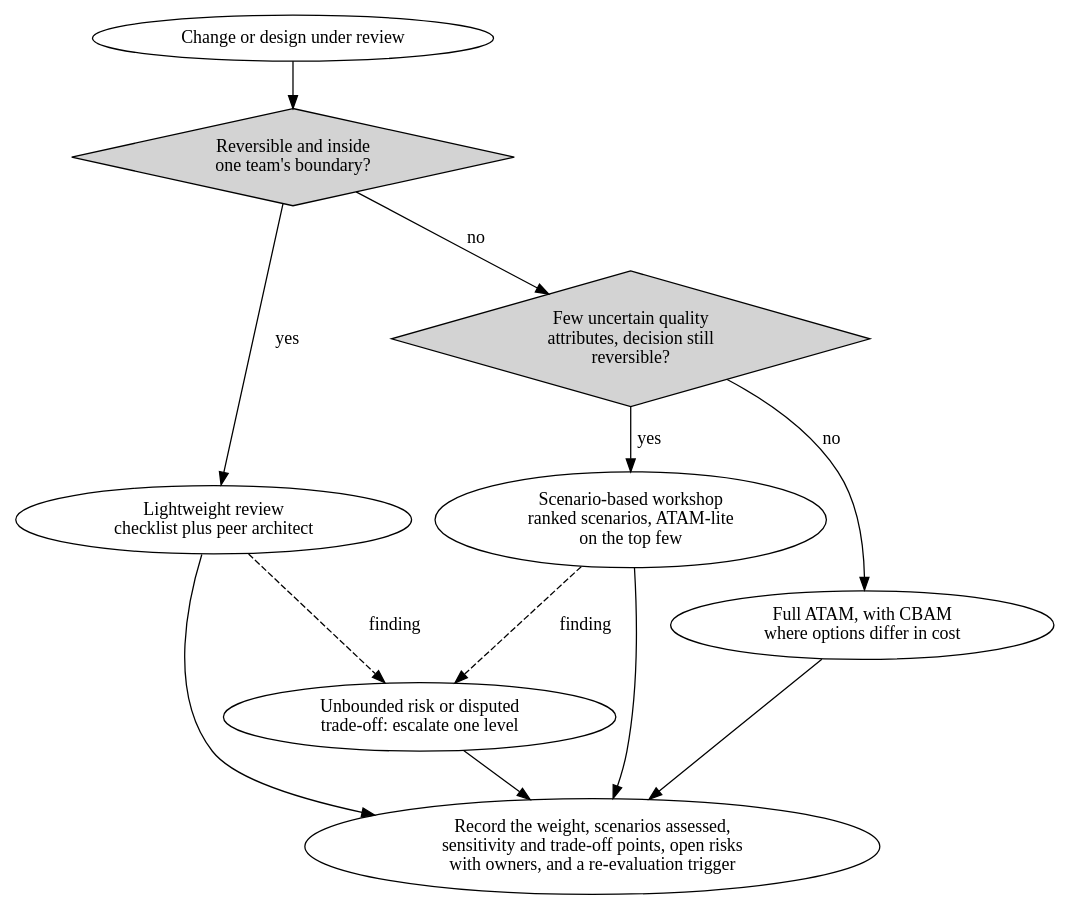
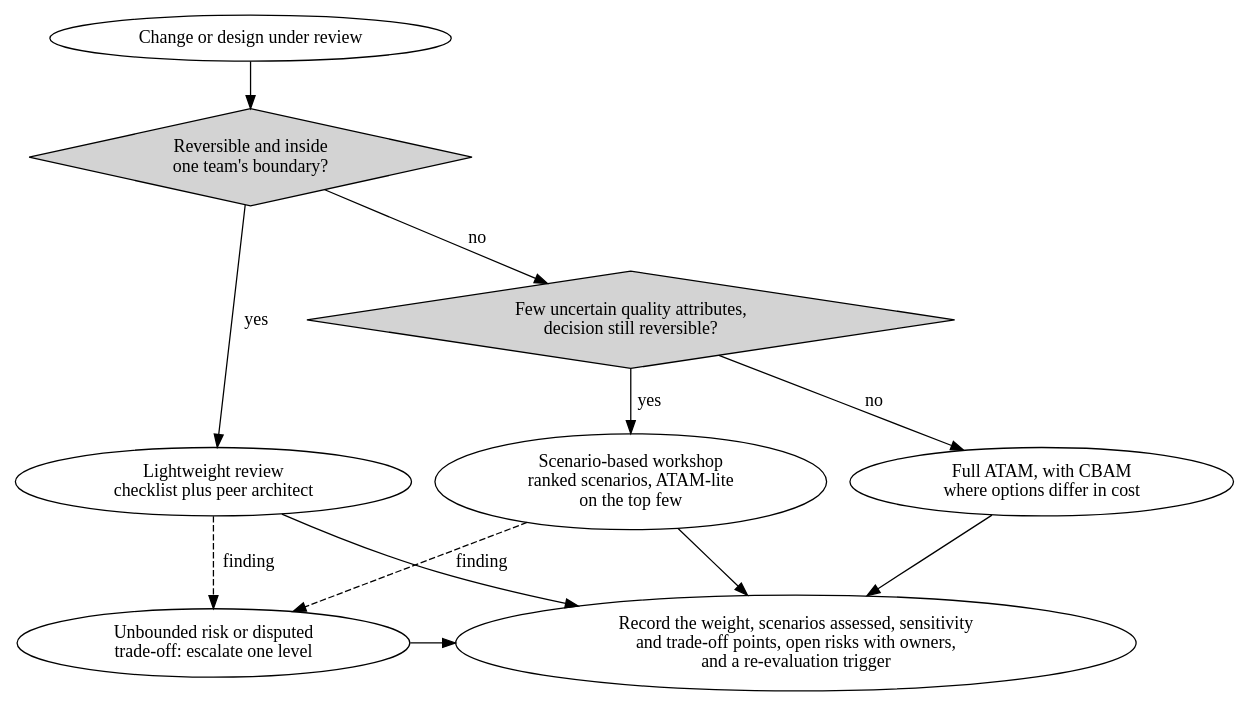
Before and after one commit to cesarcastrocuba/handbook-solutions-architecture: the diagram in assets/diagrams/src/ch12-evaluation-method-selection.dot, drawn with Graphviz. The commit also changed 32 other files, not shown here.

First line of the commit message:
diagrams(figures): compact layout for the 16 tallest diagrams

```diff
--- a/assets/diagrams/src/ch12-evaluation-method-selection.dot
+++ b/assets/diagrams/src/ch12-evaluation-method-selection.dot
@@ -1,20 +1,22 @@
 digraph G { 
 
  rankdir=TB;
  start [label="Change or design under review"];
  d1 [label="Reversible and inside\none team's boundary?", shape=diamond, style="filled"];
  light [label="Lightweight review\nchecklist plus peer architect"];
- d2 [label="Few uncertain quality\nattributes, decision still\nreversible?", shape=diamond, style="filled"];
+ d2 [label="Few uncertain quality attributes,\ndecision still reversible?", shape=diamond, style="filled"];
  ws [label="Scenario-based workshop\nranked scenarios, ATAM-lite\non the top few"];
  full [label="Full ATAM, with CBAM\nwhere options differ in cost"];
  esc [label="Unbounded risk or disputed\ntrade-off: escalate one level"];
- rec [class="focal", label="Record the weight, scenarios assessed,\nsensitivity and trade-off points, open risks\nwith owners, and a re-evaluation trigger"];
+ rec [class="focal", label="Record the weight, scenarios assessed, sensitivity\nand trade-off points, open risks with owners,\nand a re-evaluation trigger"];
+ {rank=same; ws; full}
+ {rank=same; esc; rec}
  start->d1;
  d1->light [label=" yes"];
  d1->d2 [label=" no"];
  d2->ws [label=" yes"];
  d2->full [label=" no"];
  light->esc [label=" finding", style=dashed];
  ws->esc [label=" finding", style=dashed];
  light->rec; ws->rec; full->rec; esc->rec;
 }
```
